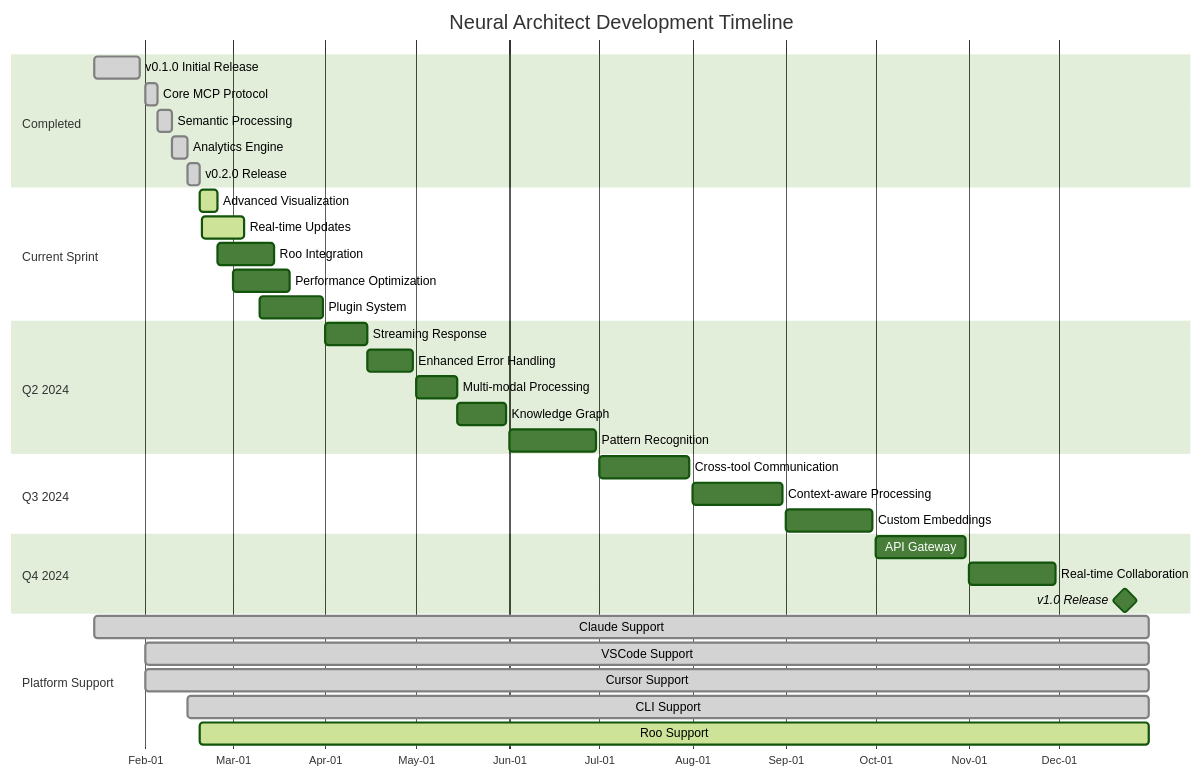
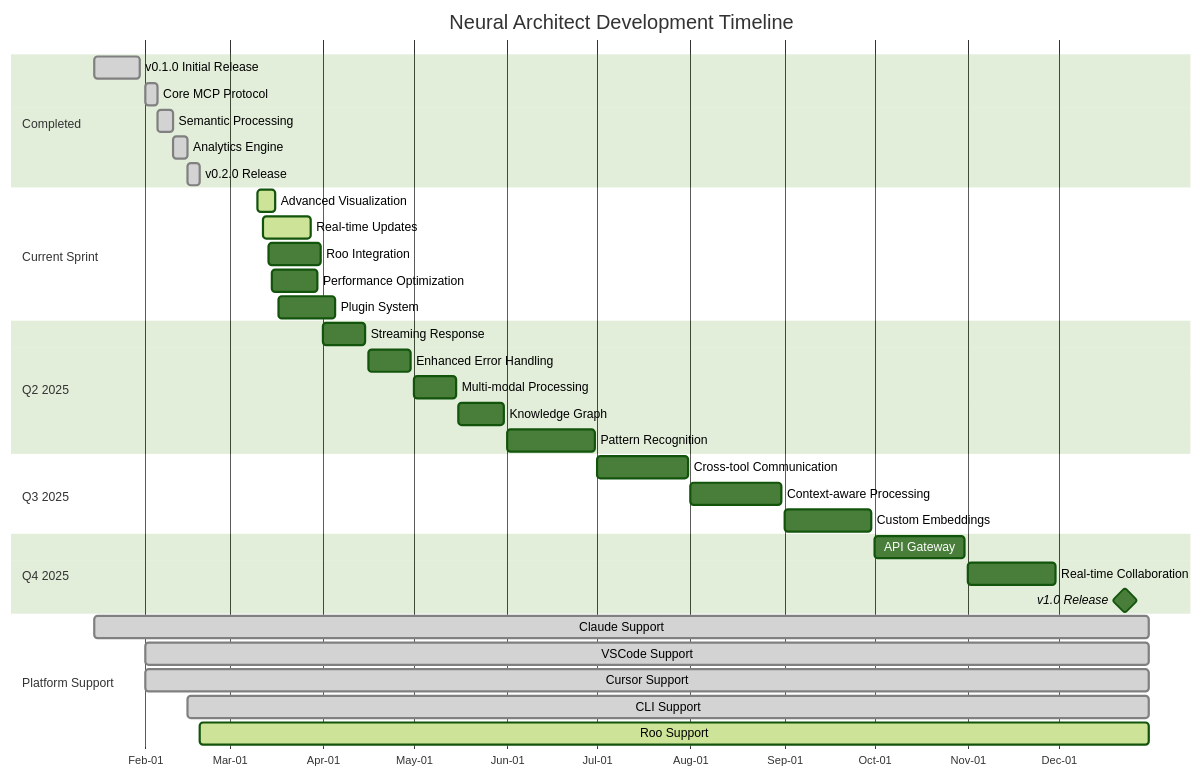
Before and after one commit to ssdeanx/branch-thinking: the first of 3 diagrams in README.md, drawn with Mermaid (forest theme). The commit also changed other lines of this file and 1 other file, not shown here.

First line of the commit message:
Update project timeline and milestone dates in README.md

````diff
--- a/README.md
+++ b/README.md
@@ -91,45 +91,45 @@
 ```mermaid
 gantt
     title Neural Architect Development Timeline
     dateFormat  YYYY-MM-DD
     axisFormat  %b-%d
     todayMarker on
 
     section Completed
-    v0.1.0 Initial Release      :done, v1, 2024-01-15, 2024-01-30
-    Core MCP Protocol          :done, mcp, 2024-02-01, 2024-02-05
-    Semantic Processing        :done, sem, 2024-02-05, 2024-02-10
-    Analytics Engine          :done, ana, 2024-02-10, 2024-02-15
-    v0.2.0 Release            :done, v2, 2024-02-15, 2024-02-19
+    v0.1.0 Initial Release      :done, v1, 2025-01-15, 2025-01-30
+    Core MCP Protocol          :done, mcp, 2025-02-01, 2025-02-05
+    Semantic Processing        :done, sem, 2025-02-05, 2025-02-10
+    Analytics Engine           :done, ana, 2025-02-10, 2025-02-15
+    v0.2.0 Release             :done, v2, 2025-02-15, 2025-02-19
 
     section Current Sprint
-    Advanced Visualization    :active, vis, 2024-02-19, 2024-02-25
-    Real-time Updates        :active, rt, 2024-02-20, 2024-03-05
-    Roo Integration          :roi, 2024-02-25, 2024-03-15
-    Performance Optimization :opt, 2024-03-01, 2024-03-20
-    Plugin System            :plug, 2024-03-10, 2024-03-31
+    Advanced Visualization     :active, vis, 2025-03-10, 2025-03-16
+    Real-time Updates          :active, rt, 2025-03-12, 2025-03-28
+    Roo Integration            :roi, 2025-03-14, 2025-03-31
+    Performance Optimization   :opt, 2025-03-15, 2025-03-30
+    Plugin System              :plug, 2025-03-17, 2025-04-05
 
-    section Q2 2024
-    Streaming Response       :stream, 2024-04-01, 2024-04-15
-    Enhanced Error Handling  :err, 2024-04-15, 2024-04-30
-    Multi-modal Processing   :multi, 2024-05-01, 2024-05-15
-    Knowledge Graph         :graph, 2024-05-15, 2024-05-31
-    Pattern Recognition     :pat, 2024-06-01, 2024-06-30
+    section Q2 2025
+    Streaming Response         :stream, 2025-04-01, 2025-04-15
+    Enhanced Error Handling    :err, 2025-04-16, 2025-04-30
+    Multi-modal Processing     :multi, 2025-05-01, 2025-05-15
+    Knowledge Graph            :graph, 2025-05-16, 2025-05-31
+    Pattern Recognition        :pat, 2025-06-01, 2025-06-30
 
-    section Q3 2024
-    Cross-tool Communication :cross, 2024-07-01, 2024-07-31
-    Context-aware Processing :context, 2024-08-01, 2024-08-31
-    Custom Embeddings       :embed, 2024-09-01, 2024-09-30
+    section Q3 2025
+    Cross-tool Communication   :cross, 2025-07-01, 2025-07-31
+    Context-aware Processing   :context, 2025-08-01, 2025-08-31
+    Custom Embeddings          :embed, 2025-09-01, 2025-09-30
 
-    section Q4 2024
-    API Gateway            :api, 2024-10-01, 2024-10-31
-    Real-time Collaboration :collab, 2024-11-01, 2024-11-30
-    v1.0 Release           :milestone, v3, 2024-12-15, 2024-12-31
+    section Q4 2025
+    API Gateway                :api, 2025-10-01, 2025-10-31
+    Real-time Collaboration    :collab, 2025-11-01, 2025-11-30
+    v1.0 Release               :milestone, v3, 2025-12-15, 2025-12-31
 
     section Platform Support
-    Claude Support         :done, claude, 2024-01-15, 2024-12-31
-    VSCode Support         :done, vscode, 2024-02-01, 2024-12-31
-    Cursor Support        :done, cursor, 2024-02-01, 2024-12-31
-    CLI Support          :done, cli, 2024-02-15, 2024-12-31
-    Roo Support          :active, roo, 2024-02-19, 2024-12-31
+    Claude Support             :done, claude, 2025-01-15, 2025-12-31
+    VSCode Support             :done, vscode, 2025-02-01, 2025-12-31
+    Cursor Support             :done, cursor, 2025-02-01, 2025-12-31
+    CLI Support                :done, cli, 2025-02-15, 2025-12-31
+    Roo Support                :active, roo, 2025-02-19, 2025-12-31
 ```
````
